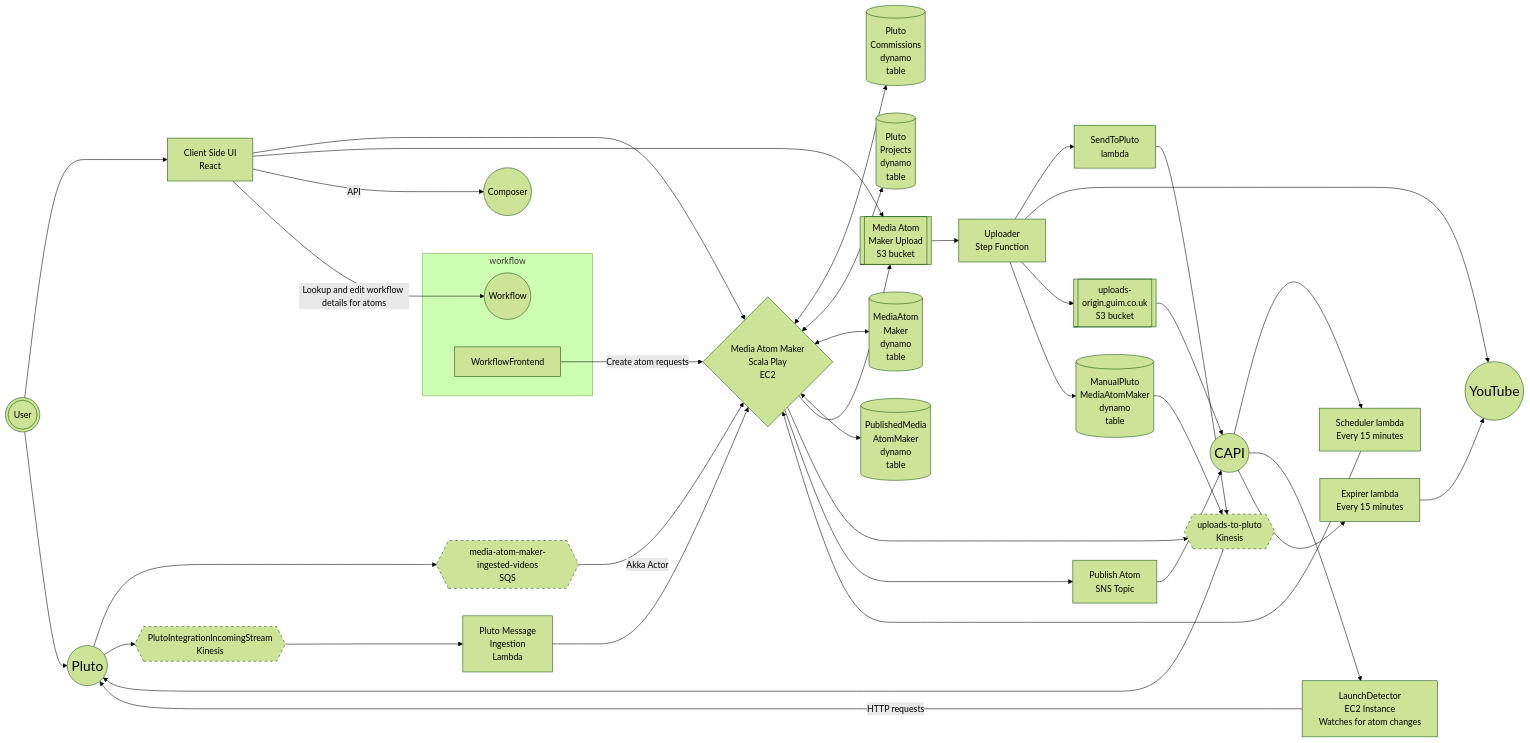
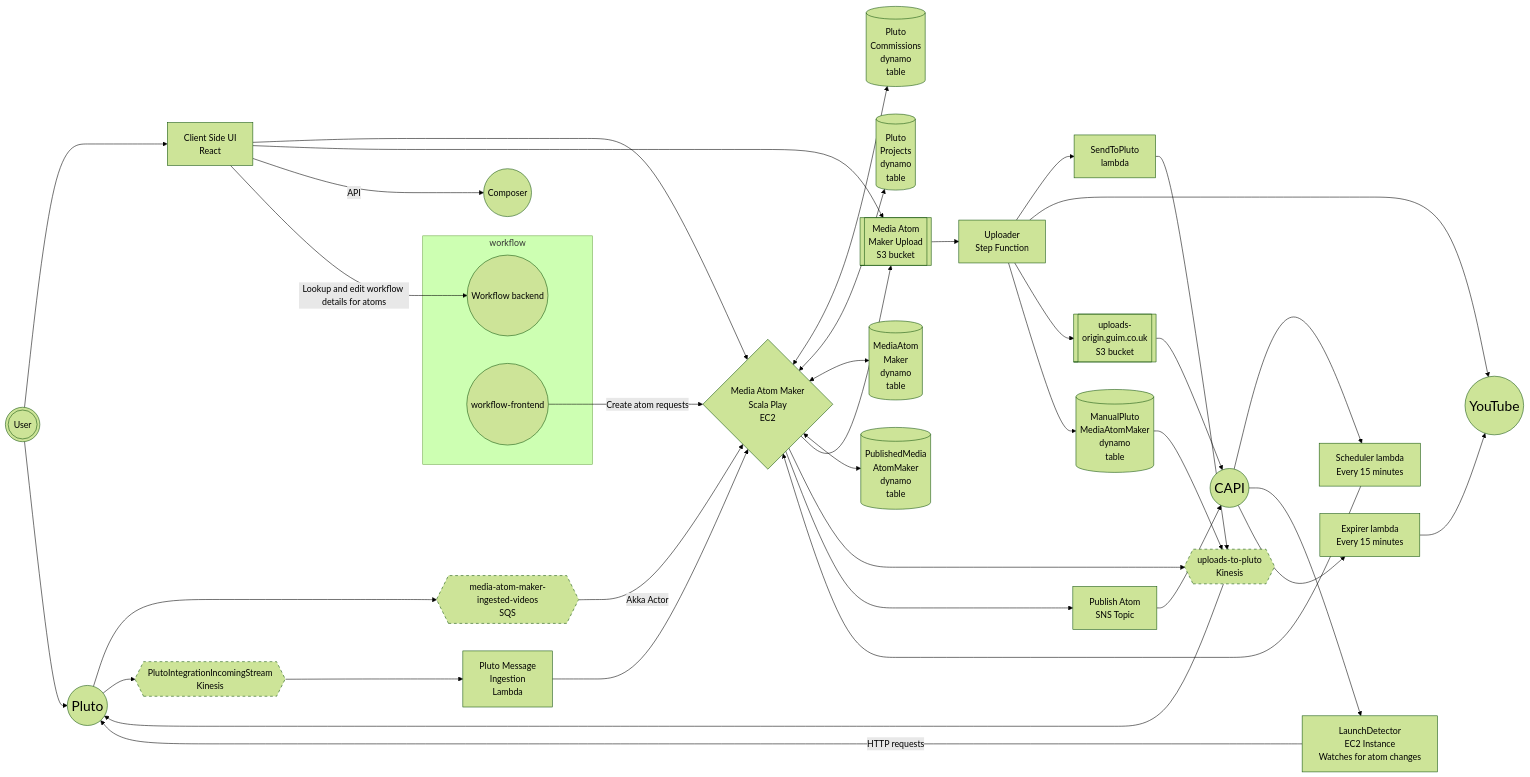
Before and after one commit to guardian/media-atom-maker: the first of 4 diagrams in docs/10-architecture.md, drawn with Mermaid (forest theme).

Commit message:
Tidy workflow components

````diff
--- a/docs/10-architecture.md
+++ b/docs/10-architecture.md
@@ -5,57 +5,56 @@
 ```mermaid
 graph LR
     Pluto((Pluto)):::External
     YouTube((YouTube)):::External
     CAPI((CAPI)):::External
     Composer((Composer))
-    Workflow((Workflow))
     uploads-to-pluto{{uploads-to-pluto<br/>Kinesis}}:::Stream
     media-atom-maker-ingested-videos{{media-atom-maker-ingested-videos<br/>SQS}}:::Stream
     PlutoIntegrationIncomingStream{{PlutoIntegrationIncomingStream<br/>Kinesis}}:::Stream
     uploads-to-pluto --> Pluto
     Pluto --> media-atom-maker-ingested-videos
     Pluto --> PlutoIntegrationIncomingStream
     SendToPluto[SendToPluto<br/>lambda] --> uploads-to-pluto
     media-atom-maker-ingested-videos -->|Akka Actor| MediaAtomMaker{Media Atom Maker<br/>Scala Play<br/>EC2}
     PlutoIntegrationIncomingStream --> PlutoMessage[Pluto Message<br/>Ingestion<br/>Lambda]
     PlutoMessage --> MediaAtomMaker
     MediaAtomMaker <--> PlutoCommissions[(Pluto<br/>Commissions<br/>dynamo<br/>table)]
     MediaAtomMaker <--> PlutoProjects[(Pluto<br/>Projects<br/>dynamo<br/>table)]
     MediaAtomMaker <--> MediaAtomMakerProd[(MediaAtom<br/>Maker<br/>dynamo<br/>table)]
     MediaAtomMaker <--> PublishedMedia[(PublishedMedia<br/>AtomMaker<br/>dynamo<br/>table)]
     MediaAtomMaker --> MediaAtomMakerUpload[[Media Atom<br/>Maker Upload<br/>S3 bucket]]
     MediaAtomMaker --> uploads-to-pluto
     User(((User)))
     User --> ClientSide
     User --> Pluto
     ClientSide[Client Side UI<br/>React<br/>]
     ClientSide --> MediaAtomMaker
     ClientSide --> MediaAtomMakerUpload
     ClientSide -->|API| Composer
     MediaAtomMakerUpload --> Uploader
     Uploader[Uploader<br/>Step Function]
     Uploader --> SendToPluto
     Uploader --> YouTube
     Uploader --> UploadsOrigin[[uploads-<br/>origin.guim.co.uk<br/>S3 bucket]]
     Uploader --> ManualPluto[(ManualPluto<br/>MediaAtomMaker<br/>dynamo<br/>table)]
     ManualPluto --> uploads-to-pluto
     UploadsOrigin --> CAPI
     MediaAtomMaker --> PublishAtom[Publish Atom<br/>SNS Topic]
     Scheduler[Scheduler lambda<br/>Every 15 minutes]
     Scheduler --> MediaAtomMaker
     CAPI --> Scheduler
     CAPI --> LaunchDetector[LaunchDetector<br/>EC2 Instance <br/>Watches for atom changes]
     LaunchDetector -->|HTTP requests| Pluto
     PublishAtom --> CAPI
     Expirer[Expirer lambda<br/>Every 15 minutes]
     CAPI --> Expirer
     Expirer --> YouTube
+    subgraph workflow
+      Workflow((Workflow backend))
+      WorkflowFrontend((workflow-frontend))
+    end
     ClientSide -->|Lookup and edit workflow details for atoms| Workflow
     WorkflowFrontend -->|Create atom requests| MediaAtomMaker
-    subgraph workflow
-      Workflow
-      WorkflowFrontend
-    end
     classDef External padding: 50px, width: 200px, font-size: 25px
     classDef Stream stroke-dasharray: 5 5
 ```
````
